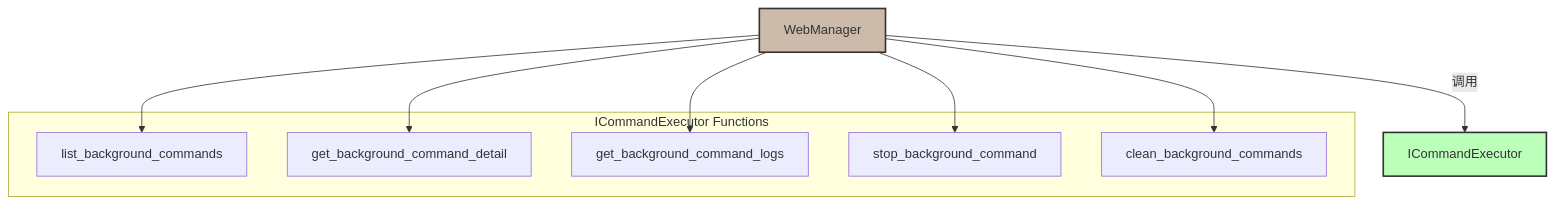
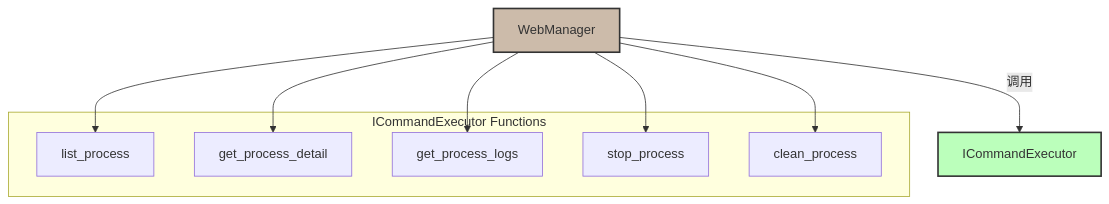
The third of 4 diagrams in docs/mcp-command-server-TDS.md (Spark-Liang/mcp-os-server), drawn with Mermaid before and after one commit. The commit also changed other lines of this file and 42 other files, not shown here.

````diff
--- a/docs/mcp-command-server-TDS.md
+++ b/docs/mcp-command-server-TDS.md
@@ -967,21 +1011,21 @@
 ```mermaid
 graph TD
     WebManager[WebManager] -- 调用 --> ICommandExecutor[ICommandExecutor]
 
     subgraph ICommandExecutor Functions
-        CE_List[list_background_commands]
-        CE_Detail[get_background_command_detail]
-        CE_Logs[get_background_command_logs]
-        CE_Stop[stop_background_command]
-        CE_Clean[clean_background_commands]
+        CE_List[list_process]
+        CE_Detail[get_process_detail]
+        CE_Logs[get_process_logs]
+        CE_Stop[stop_process]
+        CE_Clean[clean_process]
     end
 
     WebManager --> CE_List
     WebManager --> CE_Detail
     WebManager --> CE_Logs
     WebManager --> CE_Stop
     WebManager --> CE_Clean
 
     style WebManager fill:#cba,stroke:#333,stroke-width:2px
     style ICommandExecutor fill:#bfb,stroke:#333,stroke-width:2px
 ```
````
